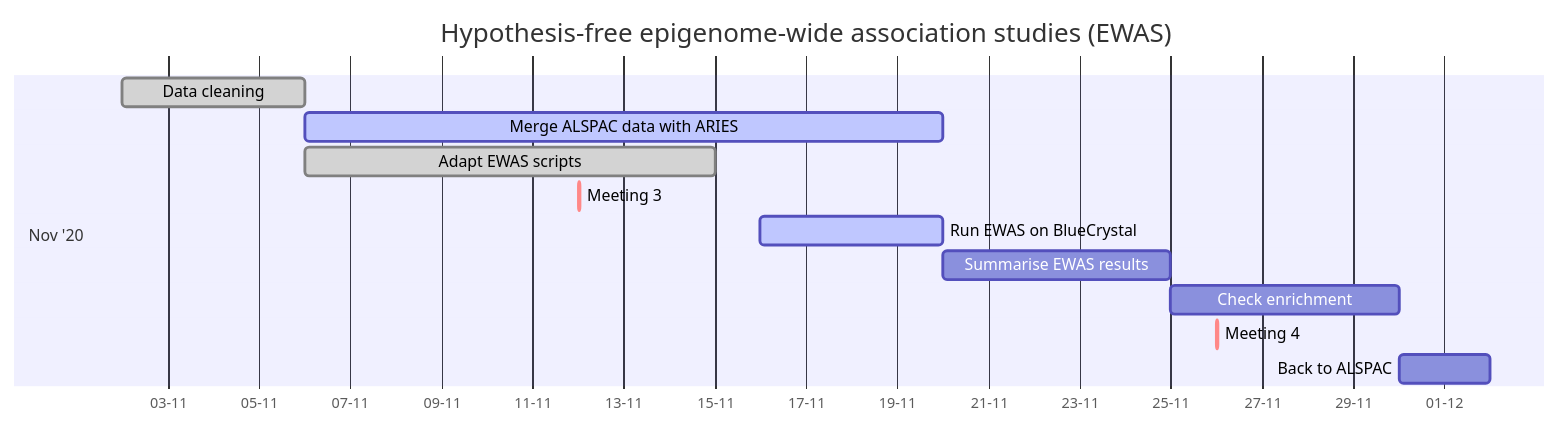
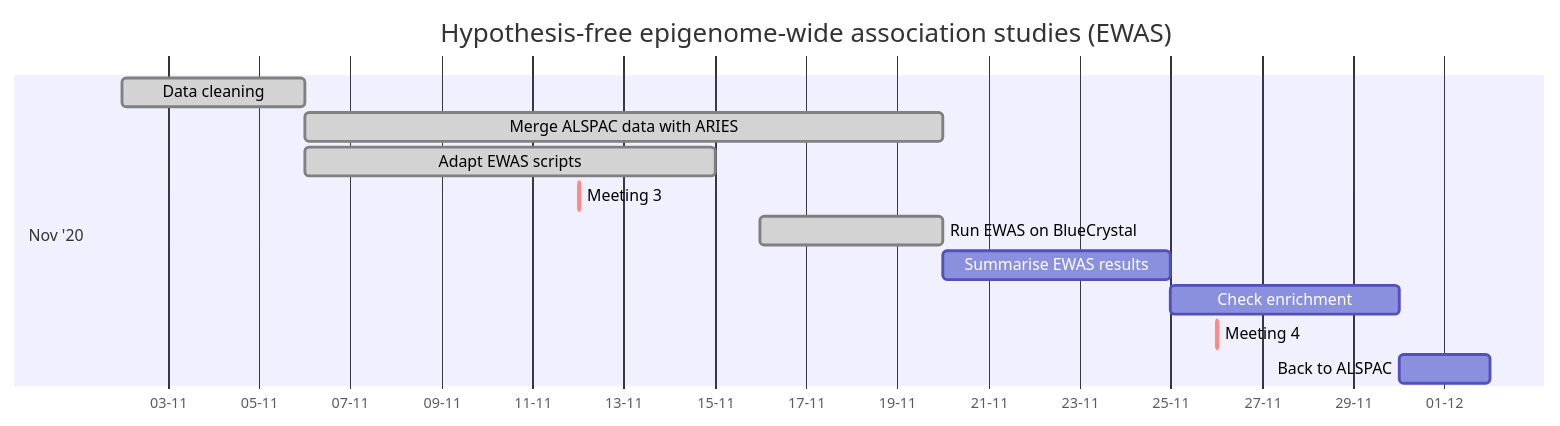
One commit to flozoemartin/MP1 changed the second of 5 diagrams in Planning/MP1 Gantt.md. Above: the diagram before and after it, drawn with Mermaid. The commit also changed other lines of this file, not shown here.

Commit message:
Update MP1 Gantt.md

````diff
--- a/Planning/MP1 Gantt.md
+++ b/Planning/MP1 Gantt.md
@@ -19,17 +19,17 @@
 ```mermaid
 gantt
     dateFormat  YYYY-MM-DD
     title       Hypothesis-free epigenome-wide association studies (EWAS)
     axisFormat  %d-%m
     
     section Nov '20
     Data cleaning                             :done, 2020-11-02, 2020-11-06
-    Merge ALSPAC data with ARIES              :active, 2020-11-06, 14d
+    Merge ALSPAC data with ARIES              :done, 2020-11-06, 14d
     Adapt EWAS scripts                        :done, 2020-11-06, 9d
     Meeting 3                                 :crit, 2020-11-12, 1h
-    Run EWAS on BlueCrystal                   :active, des5, 2020-11-16, 2020-11-20
+    Run EWAS on BlueCrystal                   :done, des5, 2020-11-16, 2020-11-20
     Summarise EWAS results                    :des6, after des5, 5d
     Check enrichment                          :des7, after des6, 5d
     Meeting 4                                 :crit, 2020-11-26, 1h
     Back to ALSPAC                            :des8, after des7, 2d
 ```
````
